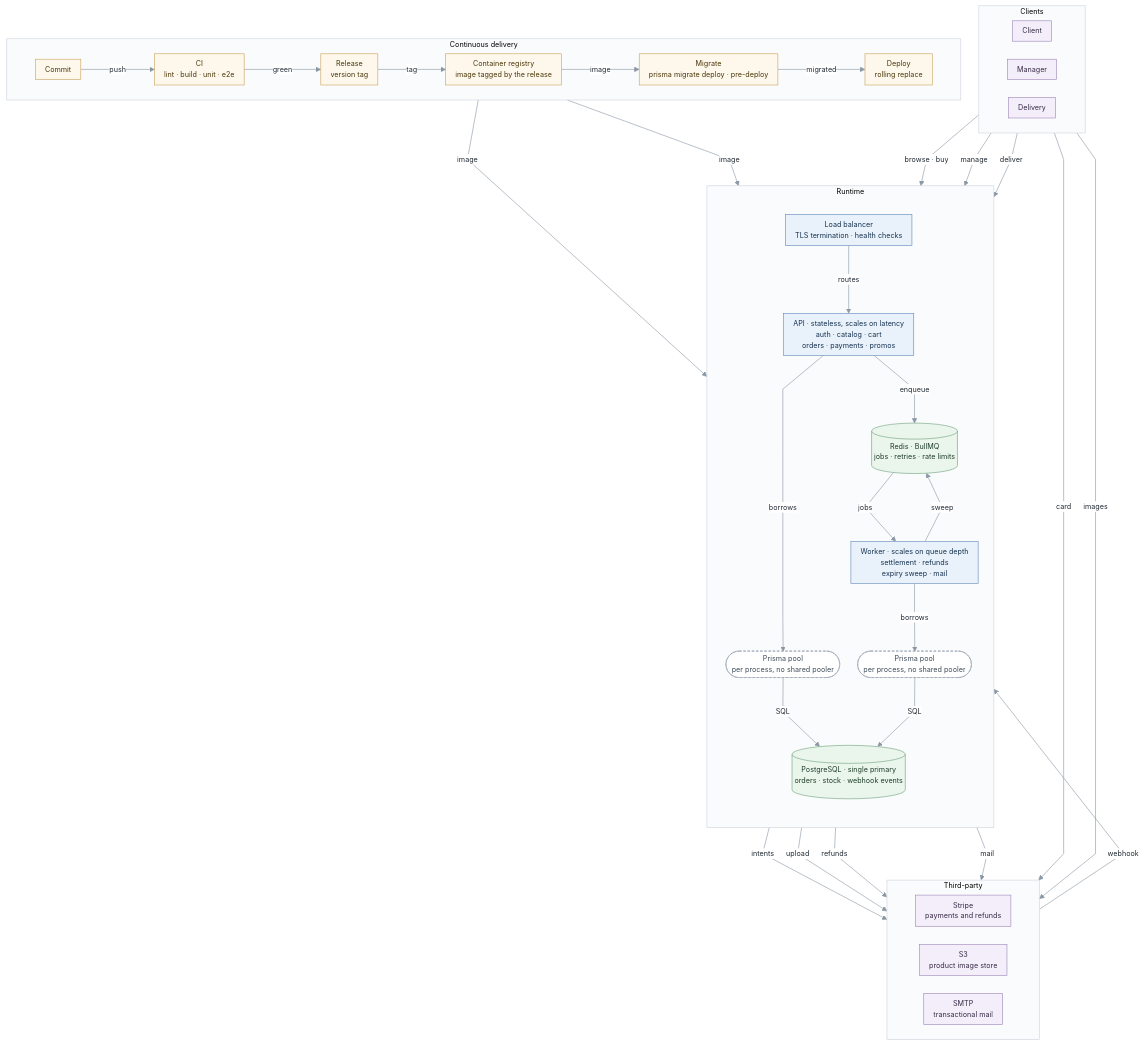
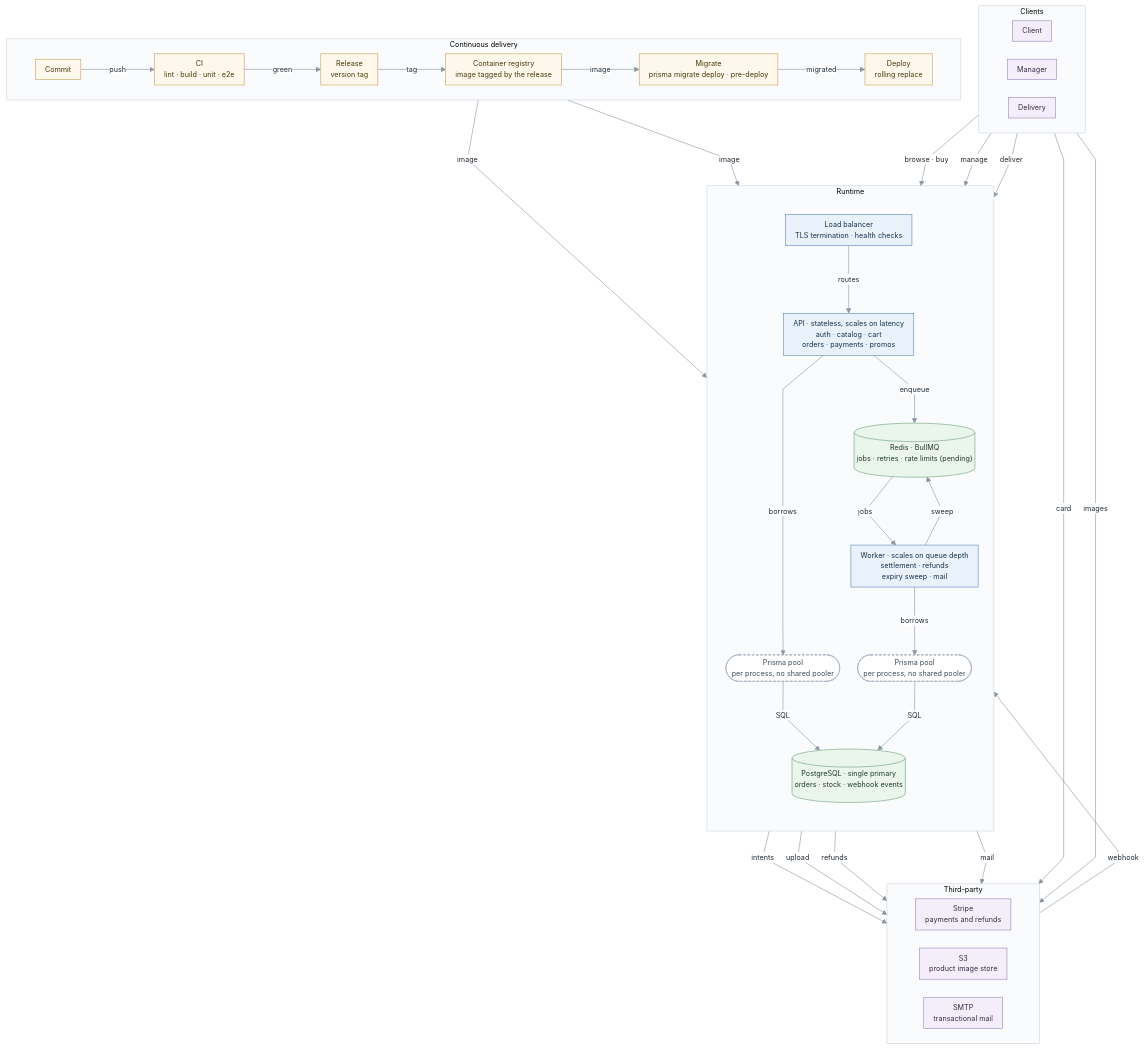
The diagram in docs/ARQUITECTURA.md (fabianespinoza-ravn/tshirt-store-api), drawn with Mermaid before and after one commit. The commit also changed other lines of this file and 2 other files, not shown here.

````diff
--- a/docs/ARQUITECTURA.md
+++ b/docs/ARQUITECTURA.md
@@ -3,70 +3,70 @@
 ```mermaid
 %%{init: {"theme":"base","themeVariables":{"fontFamily":"Segoe UI, Helvetica, Arial, sans-serif","fontSize":"12px","lineColor":"#8a97a4","primaryColor":"#eef2f6","primaryTextColor":"#1f2933","primaryBorderColor":"#9aa7b4","clusterBkg":"#fafbfc","clusterBorder":"#ccd4dc","edgeLabelBackground":"#ffffff"},"flowchart":{"curve":"linear","nodeSpacing":30,"rankSpacing":70,"padding":8}}}%%
 flowchart TB
   subgraph USR["Clients"]
     direction LR
     CL["Client"]
     MG["Manager"]
     DL["Delivery"]
   end
 
   subgraph RT["Runtime"]
     direction TB
     LB["Load balancer<br/>TLS termination · health checks"]
     API["API · stateless, scales on latency<br/>auth · catalog · cart<br/>orders · payments · promos"]
     AP(["Prisma pool<br/>per process, no shared pooler"])
-    RD[("Redis · BullMQ<br/>jobs · retries · rate limits")]
+    RD[("Redis · BullMQ<br/>jobs · retries · rate limits (pending)")]
     WK["Worker · scales on queue depth<br/>settlement · refunds<br/>expiry sweep · mail"]
     WP(["Prisma pool<br/>per process, no shared pooler"])
     PG[("PostgreSQL · single primary<br/>orders · stock · webhook events")]
 
     LB -->|"routes"| API
     API -->|"borrows"| AP
     API -->|"enqueue"| RD
     RD -->|"jobs"| WK
     WK -->|"sweep"| RD
     WK -->|"borrows"| WP
     AP -->|"SQL"| PG
     WP -->|"SQL"| PG
   end
 
   subgraph EXT["Third-party"]
     direction LR
     ST["Stripe<br/>payments and refunds"]
     S3["S3<br/>product image store"]
     MAIL["SMTP<br/>transactional mail"]
   end
 
   subgraph CD["Continuous delivery"]
     direction LR
     C["Commit"] -->|"push"| CI["CI<br/>lint · build · unit · e2e"]
     CI -->|"green"| REL["Release<br/>version tag"]
     REL -->|"tag"| REG["Container registry<br/>image tagged by the release"]
     REG -->|"image"| MIG["Migrate<br/>prisma migrate deploy · pre-deploy"]
     MIG -->|"migrated"| DEP["Deploy<br/>rolling replace"]
   end
 
   CL -->|"browse · buy"| LB
   MG -->|"manage"| LB
   DL -->|"deliver"| LB
   CL -->|"card"| ST
   CL -->|"images"| S3
   ST -->|"webhook"| LB
   API -->|"intents"| ST
   API -->|"upload"| S3
   WK -->|"refunds"| ST
   WK -->|"mail"| MAIL
   DEP -->|"image"| API
   DEP -->|"image"| WK
 
   classDef pipe fill:#fdf7ec,stroke:#c9a35c,color:#4a3708
   classDef proc fill:#e9f1fb,stroke:#6389bb,color:#16324f
   classDef pool fill:#ffffff,stroke:#9aa7b4,stroke-dasharray:4 3,color:#3d4a57
   classDef store fill:#eaf5ec,stroke:#6fa17d,color:#1f3d29
   classDef ext fill:#f4eefa,stroke:#9d86b9,color:#372a45
   class C,CI,REL,REG,MIG,DEP pipe
   class LB,API,WK proc
   class AP,WP pool
   class PG,RD store
   class CL,MG,DL,ST,S3,MAIL ext
 ```
````
